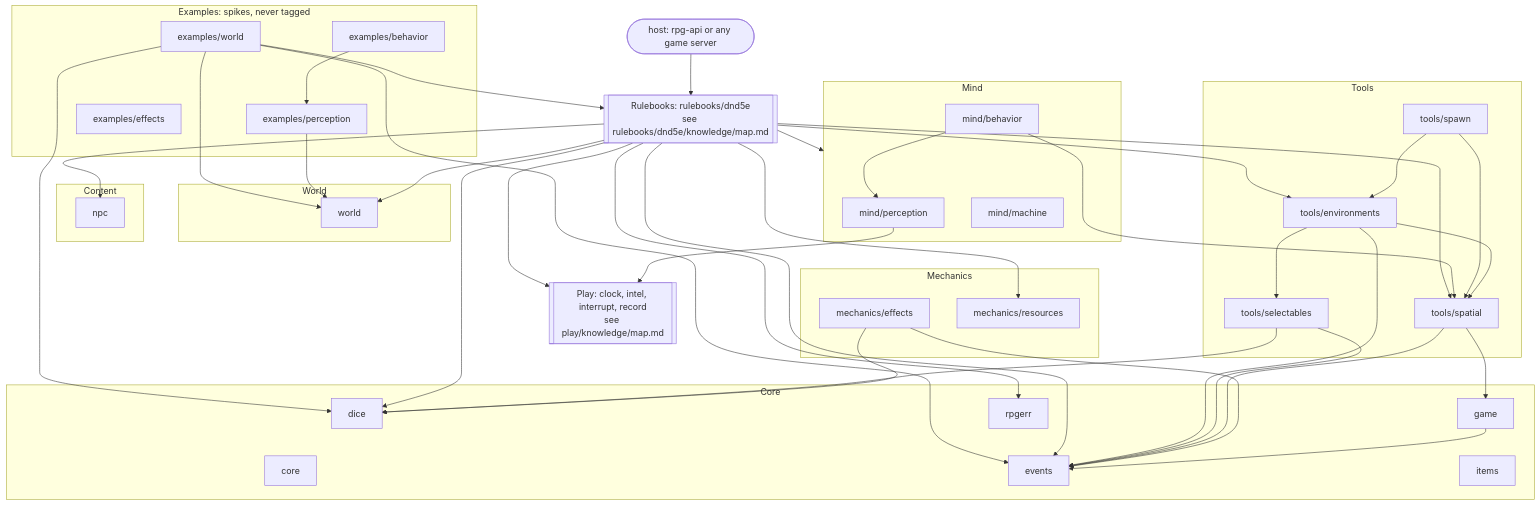
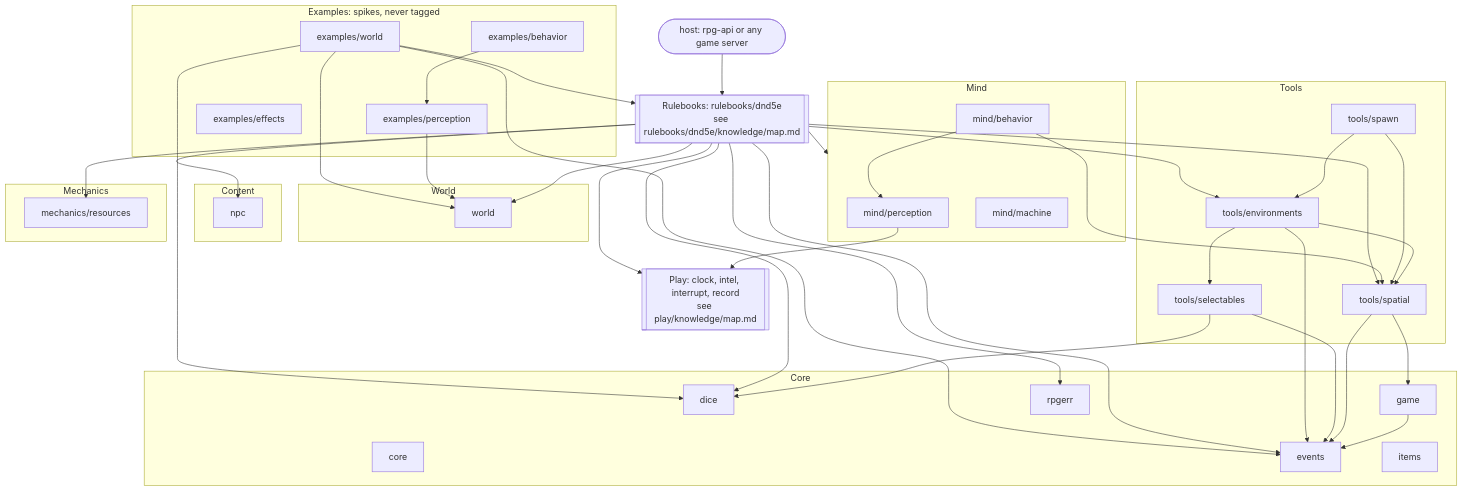
The diagram in knowledge/map.md (KirkDiggler/rpg-toolkit), drawn with Mermaid before and after one commit. The commit also changed other lines of this file and 28 other files, not shown here.

First line of the commit message:
chore(mechanics): retire the unused legacy effects module

````diff
--- a/knowledge/map.md
+++ b/knowledge/map.md
@@ -11,64 +11,62 @@
 ```mermaid
 flowchart TD
   HOST(["host: rpg-api or any game server"])
 
   subgraph EXAMPLES["Examples: spikes, never tagged"]
     EXW["examples/world"]
     EXP["examples/perception"]
     EXB["examples/behavior"]
     EXE["examples/effects"]
   end
 
   RB[["Rulebooks: rulebooks/dnd5e<br/>see rulebooks/dnd5e/knowledge/map.md"]]
 
   subgraph MIND["Mind"]
     PERC["mind/perception"]
     BEH["mind/behavior"]
     MACH["mind/machine"]
   end
 
   PLAY[["Play: clock, intel, interrupt, record<br/>see play/knowledge/map.md"]]
 
   subgraph WORLDL["World"]
     WORLD["world"]
   end
 
   subgraph CONTENT["Content"]
     NPC["npc"]
   end
 
   subgraph TOOLS["Tools"]
     SPATIAL["tools/spatial"]
     ENV["tools/environments"]
     SEL["tools/selectables"]
     SPAWN["tools/spawn"]
   end
 
   subgraph MECH["Mechanics"]
-    EFF["mechanics/effects"]
     RES["mechanics/resources"]
   end
 
   subgraph CORE["Core"]
     C["core"]
     EV["events"]
     DICE["dice"]
     GAME["game"]
     ERR["rpgerr"]
     ITEMS["items"]
   end
 
   HOST --> RB
   EXW --> RB & WORLD & DICE & EV
   EXP --> WORLD
   EXB --> EXP
   RB --> MIND & PLAY & WORLD & NPC & SPATIAL & ENV & RES & EV & DICE & ERR
   BEH --> PERC & SPATIAL
   PERC --> PLAY
   SPAWN --> ENV & SPATIAL
   ENV --> SEL & SPATIAL & EV
   SEL --> DICE & EV
   SPATIAL --> GAME & EV
-  EFF --> DICE & EV
   GAME --> EV
 ```
````
